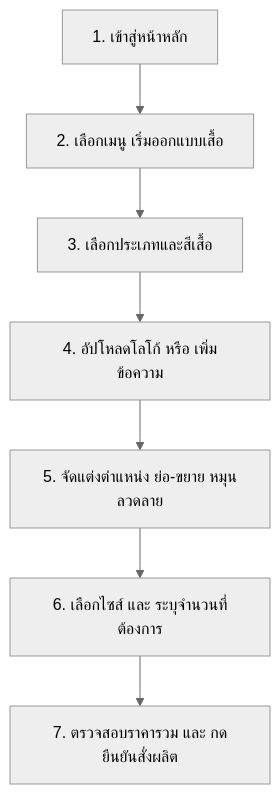
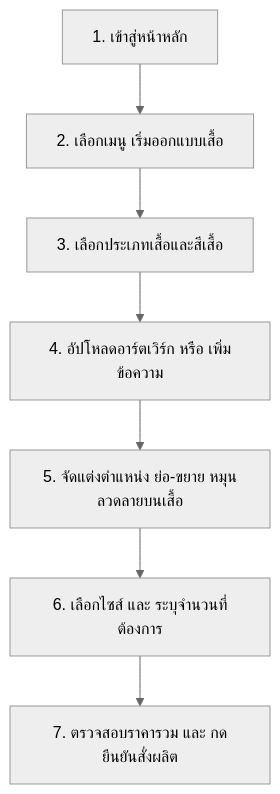
One commit to inatbalthazar/Victo changed the diagram in README.md. Above: the diagram before and after it, drawn with Mermaid (neutral theme). The commit also changed other lines of this file, not shown here.

````diff
--- a/README.md
+++ b/README.md
@@ -24,9 +24,9 @@
 ```mermaid
 graph TD
     A[1. เข้าสู่หน้าหลัก] --> B[2. เลือกเมนู เริ่มออกแบบเสื้อ]
-    B --> C[3. เลือกประเภทและสีเสื้อ]
-    C --> D[4. อัปโหลดโลโก้ หรือ เพิ่มข้อความ]
-    D --> E[5. จัดแต่งตำแหน่ง ย่อ-ขยาย หมุนลวดลาย]
+    B --> C[3. เลือกประเภทเสื้อและสีเสื้อ]
+    C --> D[4. อัปโหลดอาร์ตเวิร์ก หรือ เพิ่มข้อความ]
+    D --> E[5. จัดแต่งตำแหน่ง ย่อ-ขยาย หมุนลวดลายบนเสื้อ]
     E --> F[6. เลือกไซส์ และ ระบุจำนวนที่ต้องการ]
     F --> G[7. ตรวจสอบราคารวม และ กดยืนยันสั่งผลิต]
 ```
````
